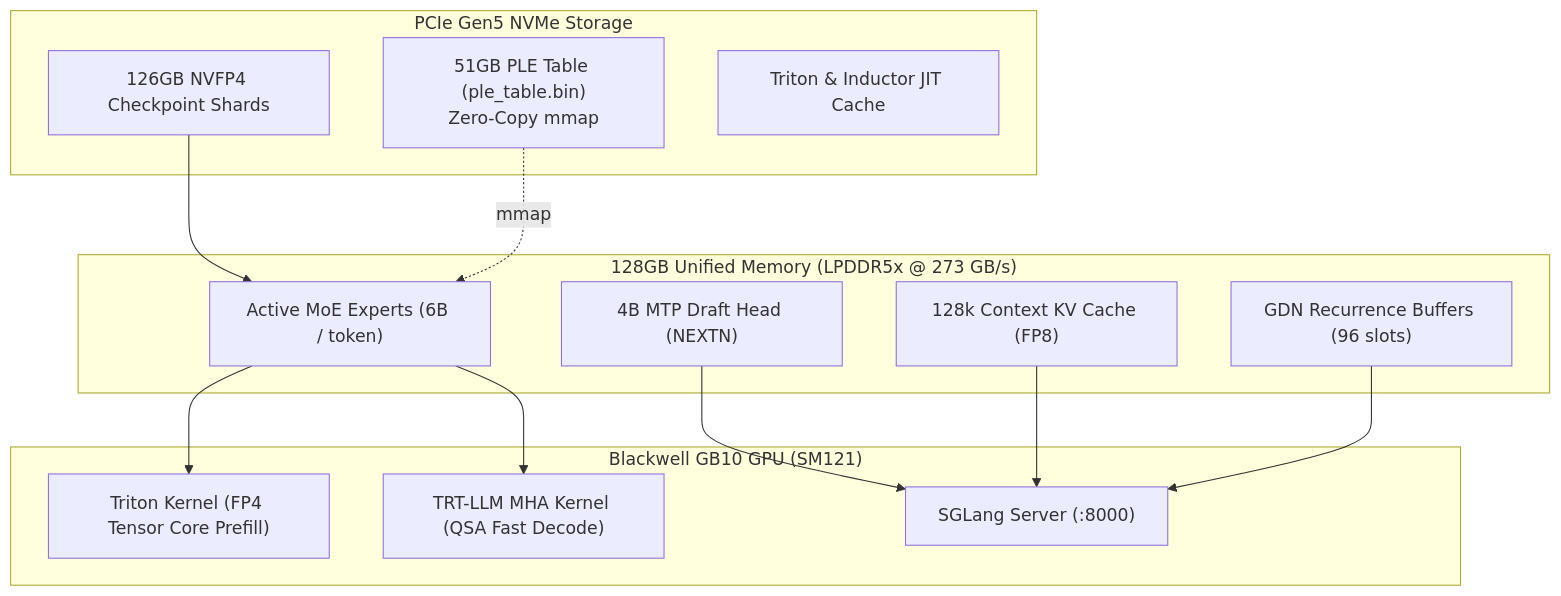
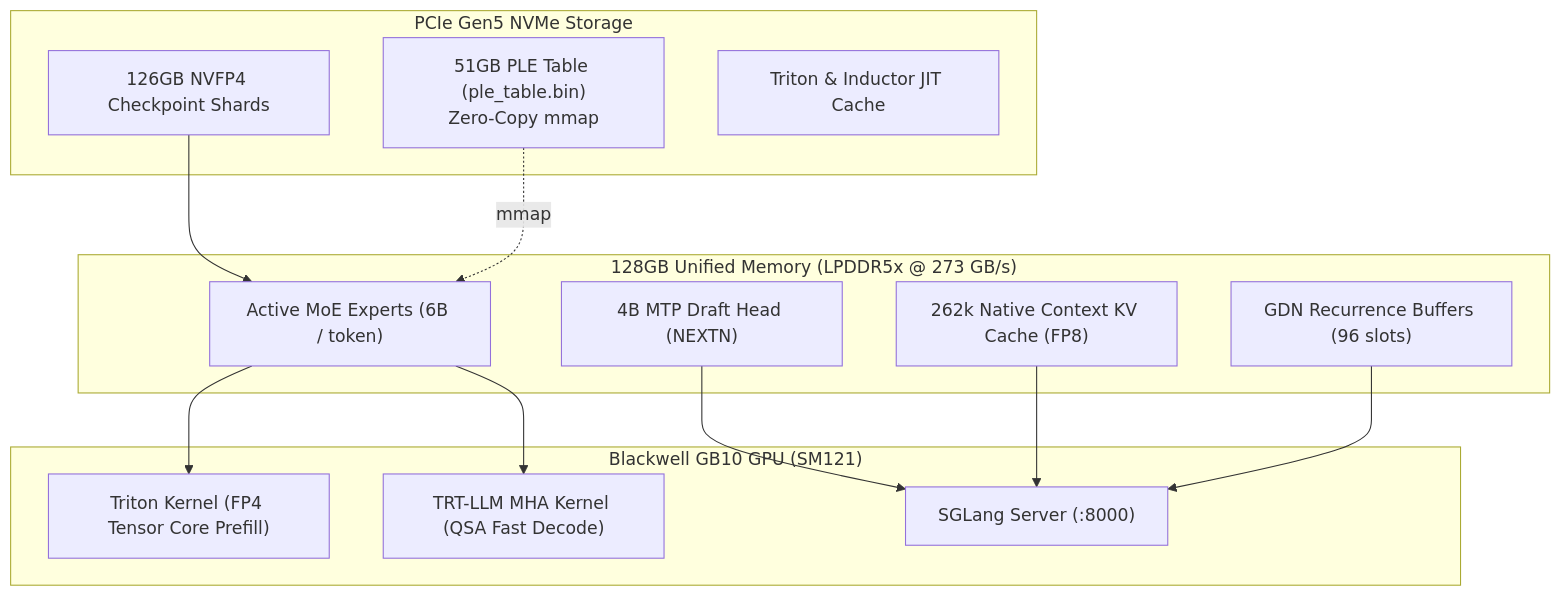
The diagram in README.md (bemlerlabs/qwen3.8-flash-next-dgx-spark-sglang), drawn with Mermaid before and after one commit. The commit also changed other lines of this file, not shown here.

Commit message:
docs: update benchmark table with exact 262k context window and empirical telemetry

````diff
--- a/README.md
+++ b/README.md
@@ -15,29 +15,29 @@
 ```mermaid
 graph TD
     subgraph Storage ["PCIe Gen5 NVMe Storage"]
         PLE["51GB PLE Table (ple_table.bin)<br/>Zero-Copy mmap"]
         Weights["126GB NVFP4 Checkpoint Shards"]
         Cache["Triton & Inductor JIT Cache"]
     end
 
     subgraph Memory ["128GB Unified Memory (LPDDR5x @ 273 GB/s)"]
         Active["Active MoE Experts (6B / token)"]
-        KV["128k Context KV Cache (FP8)"]
+        KV["262k Native Context KV Cache (FP8)"]
         Mamba["GDN Recurrence Buffers (96 slots)"]
         MTP["4B MTP Draft Head (NEXTN)"]
     end
 
     subgraph Execution ["Blackwell GB10 GPU (SM121)"]
         TritonPrefill["Triton Kernel (FP4 Tensor Core Prefill)"]
         TRTLLMDecode["TRT-LLM MHA Kernel (QSA Fast Decode)"]
         Engine["SGLang Server (:8000)"]
     end
 
     Weights --> Active
     PLE -.->|mmap| Active
     Active --> TritonPrefill
     Active --> TRTLLMDecode
     MTP --> Engine
     KV --> Engine
     Mamba --> Engine
 ```
````
